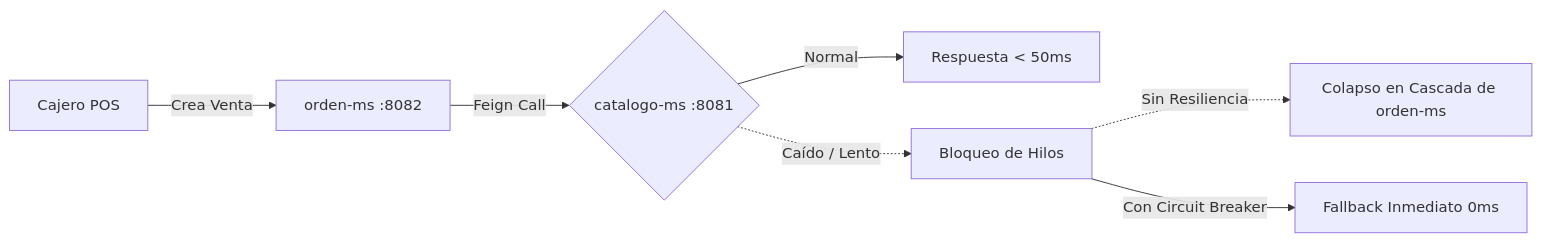
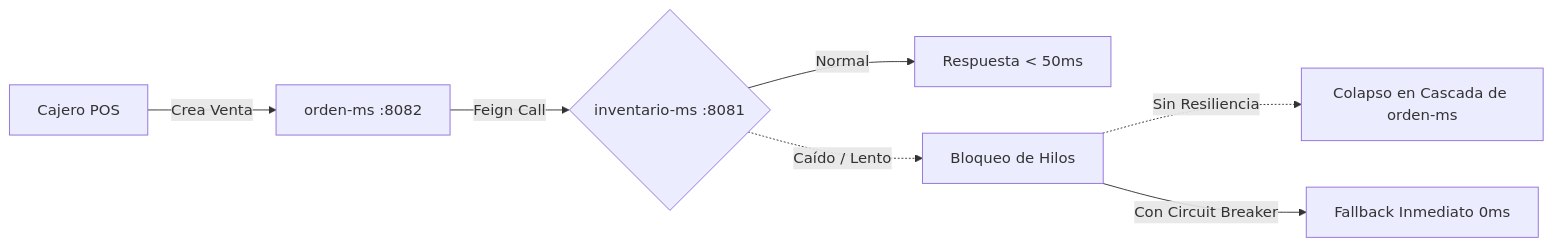
One commit to rbn-69-cod/MediZano_microservicios changed the first of 4 diagrams in docs/sesiones/S06_Comunicacion_Sincrona_Resiliente.md. Above: the diagram before and after it, drawn with Mermaid. The commit also changed other lines of this file and 68 other files, not shown here.

````diff
--- a/docs/sesiones/S06_Comunicacion_Sincrona_Resiliente.md
+++ b/docs/sesiones/S06_Comunicacion_Sincrona_Resiliente.md
@@ -26,9 +26,9 @@
 ```mermaid
 flowchart LR
     A[Cajero POS] -->|Crea Venta| B[orden-ms :8082]
-    B -->|Feign Call| C{catalogo-ms :8081}
+    B -->|Feign Call| C{inventario-ms :8081}
     C -->|Normal| D[Respuesta < 50ms]
     C -.->|Caído / Lento| E[Bloqueo de Hilos]
     E -.->|Sin Resiliencia| F[Colapso en Cascada de orden-ms]
     E -->|Con Circuit Breaker| G[Fallback Inmediato 0ms]
 ```
````
